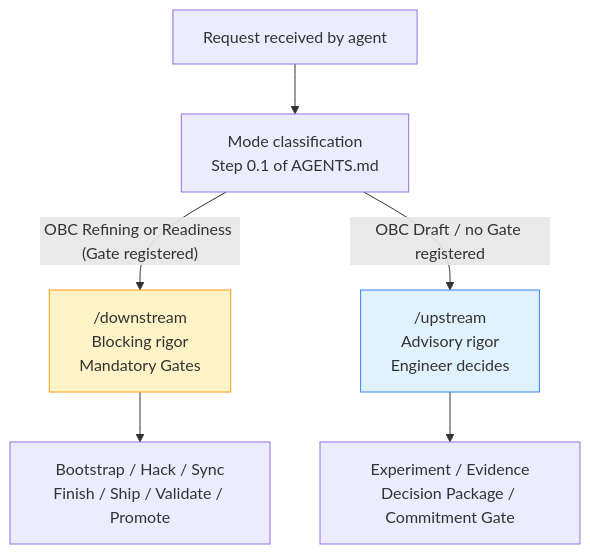
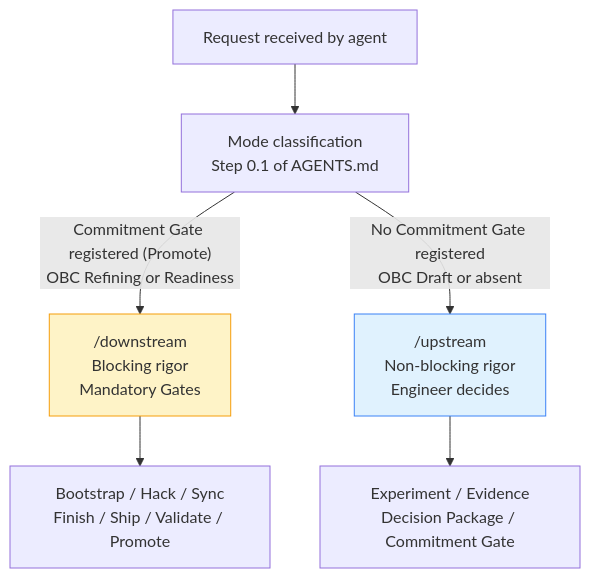
Before and after one commit to produtoreativo/from-intent-to-outcome: the diagram in en/chapter-10.md, drawn with Mermaid. The commit also changed other lines of this file and 1 other file, not shown here.

First line of the commit message:
fix(cap10): corrige classificação de modo — Gate como sinal primário, não estado do OBC

````diff
--- a/en/chapter-10.md
+++ b/en/chapter-10.md
@@ -67,11 +67,11 @@
 ```mermaid
 graph TD
     REQ["Request received by agent"] --> CLASS["Mode classification\nStep 0.1 of AGENTS.md"]
-    CLASS -->|"OBC Refining or Readiness (Gate registered)"| DS["/downstream\nBlocking rigor\nMandatory Gates"]
-    CLASS -->|"OBC Draft / no Gate registered"| US["/upstream\nAdvisory rigor\nEngineer decides"]
+    CLASS -->|"Commitment Gate registered (Promote)\nOBC Refining or Readiness"| DS["/downstream\nBlocking rigor\nMandatory Gates"]
+    CLASS -->|"No Commitment Gate registered\nOBC Draft or absent"| US["/upstream\nNon-blocking rigor\nEngineer decides"]
     DS --> SKILLS_DS["Bootstrap / Hack / Sync\nFinish / Ship / Validate / Promote"]
     US --> SKILLS_US["Experiment / Evidence\nDecision Package / Commitment Gate"]
 
     style DS fill:#FEF3C7,stroke:#F59E0B
     style US fill:#E0F2FE,stroke:#3B82F6
 ```
````
